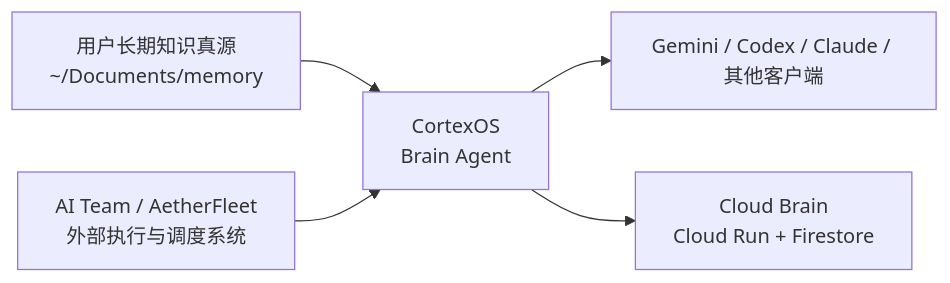
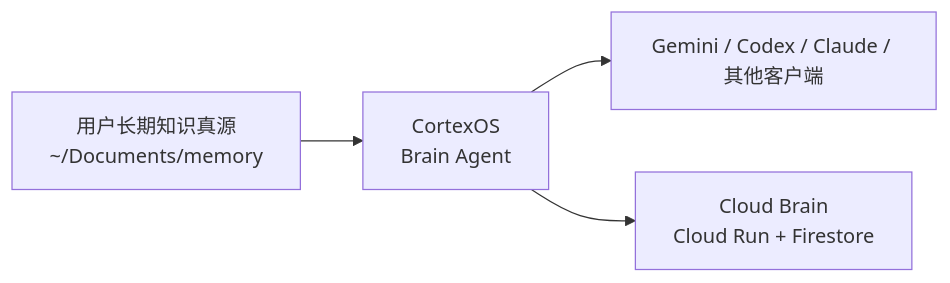
Before and after one commit to webkubor/CortexOS: the first of 9 diagrams in docs/ops/architecture.md, drawn with Mermaid. The commit also changed other lines of this file and 8 other files, not shown here.

````diff
--- a/docs/ops/architecture.md
+++ b/docs/ops/architecture.md
@@ -20,7 +19,6 @@
 ```mermaid
 flowchart LR
   user["用户长期知识真源\n~/Documents/memory"] --> brain["CortexOS\nBrain Agent"]
   brain --> clients["Gemini / Codex / Claude / 其他客户端"]
-  fleet["AI Team / AetherFleet\n外部执行与调度系统"] --> brain
   brain --> cloud["Cloud Brain\nCloud Run + Firestore"]
 ```
````
